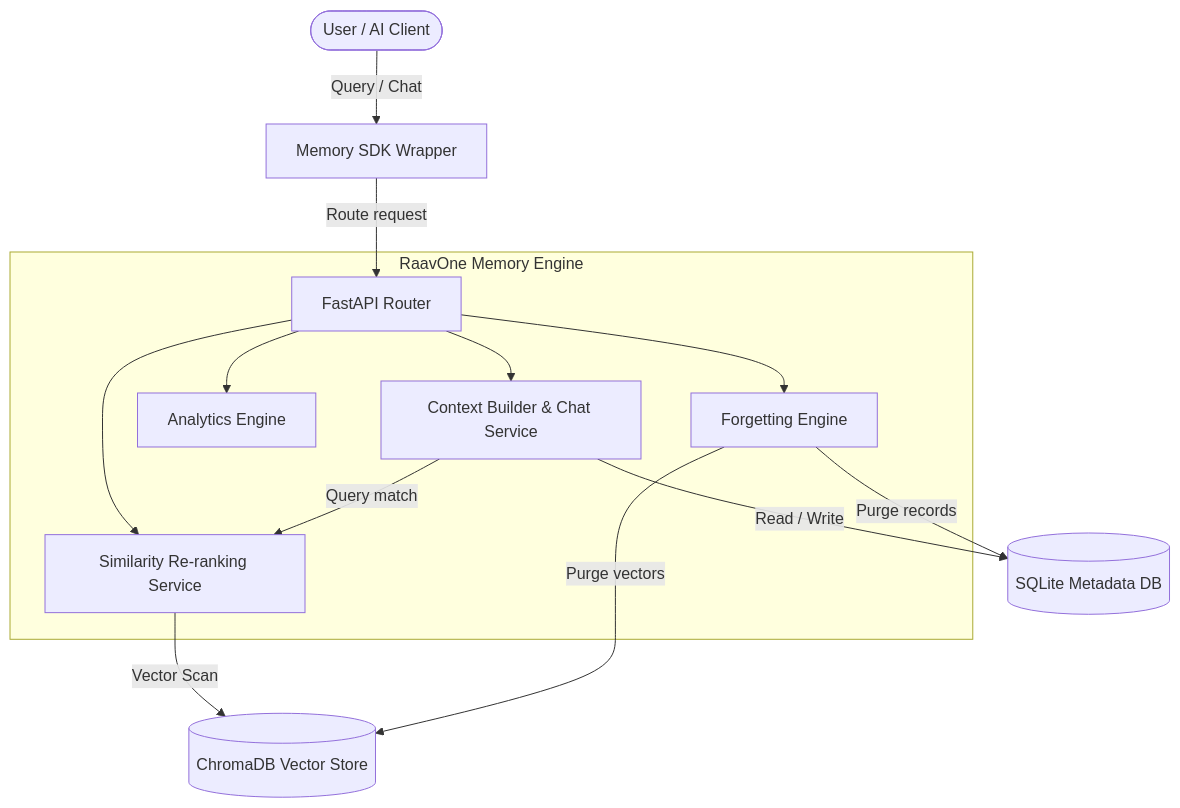
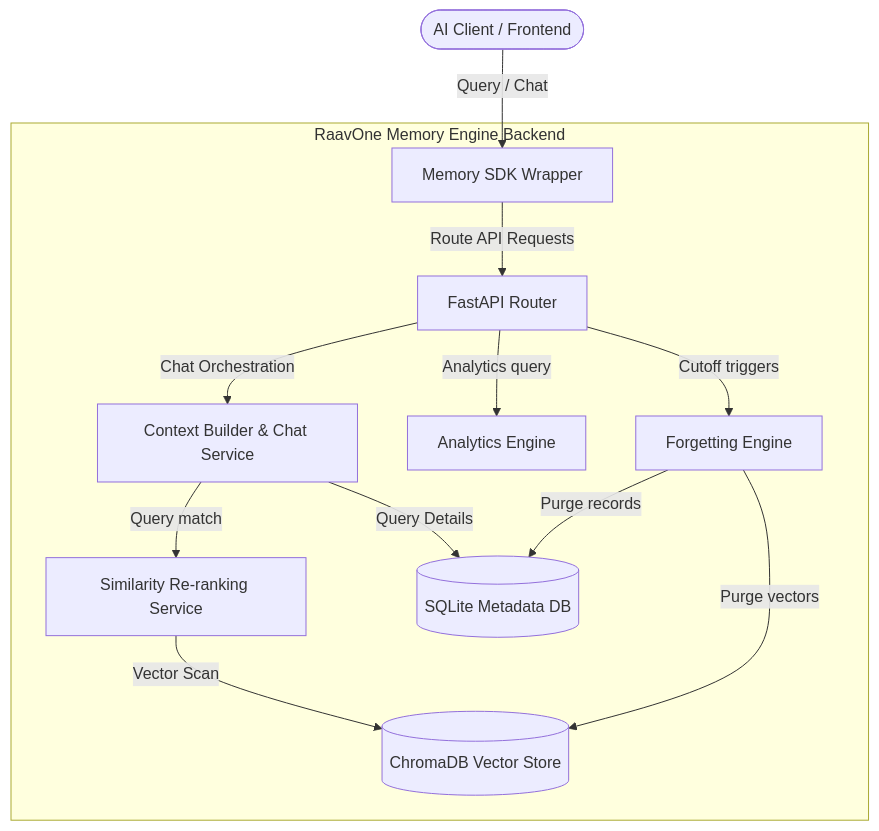
One commit to mogesh-developer/RaavOne-Memory changed the first of 2 diagrams in README.md. Above: the diagram before and after it, drawn with Mermaid. The commit also changed other lines of this file, not shown here.

````diff
--- a/README.md
+++ b/README.md
@@ -63,19 +49,18 @@
 ```mermaid
 graph TD
-    User([User / AI Client]) -->|Query / Chat| SDK[Memory SDK Wrapper]
-    SDK -->|Route request| Gateway[FastAPI Router]
+    Client([AI Client / Frontend]) -->|Query / Chat| SDK[Memory SDK Wrapper]
     
-    subgraph "RaavOne Memory Engine"
-        Gateway --> ChatService[Context Builder & Chat Service]
-        Gateway --> SearchService[Similarity Re-ranking Service]
-        Gateway --> AnalyticsService[Analytics Engine]
-        Gateway --> ForgetService[Forgetting Engine]
+    subgraph "RaavOne Memory Engine Backend"
+        SDK -->|Route API Requests| Router[FastAPI Router]
+        Router -->|Chat Orchestration| ChatService[Context Builder & Chat Service]
+        Router -->|Analytics query| AnalyticsService[Analytics Engine]
+        Router -->|Cutoff triggers| ForgetService[Forgetting Engine]
         
-        ChatService -->|Query match| SearchService
+        ChatService -->|Query match| SearchService[Similarity Re-ranking Service]
+        SearchService -->|Vector Scan| Chroma[(ChromaDB Vector Store)]
+        ChatService -->|Query Details| SQLite[(SQLite Metadata DB)]
     end
-
-    ChatService -->|Read / Write| SQLite[(SQLite Metadata DB)]
-    SearchService -->|Vector Scan| Chroma[(ChromaDB Vector Store)]
+    
     ForgetService -->|Purge records| SQLite
     ForgetService -->|Purge vectors| Chroma
 ```
````
